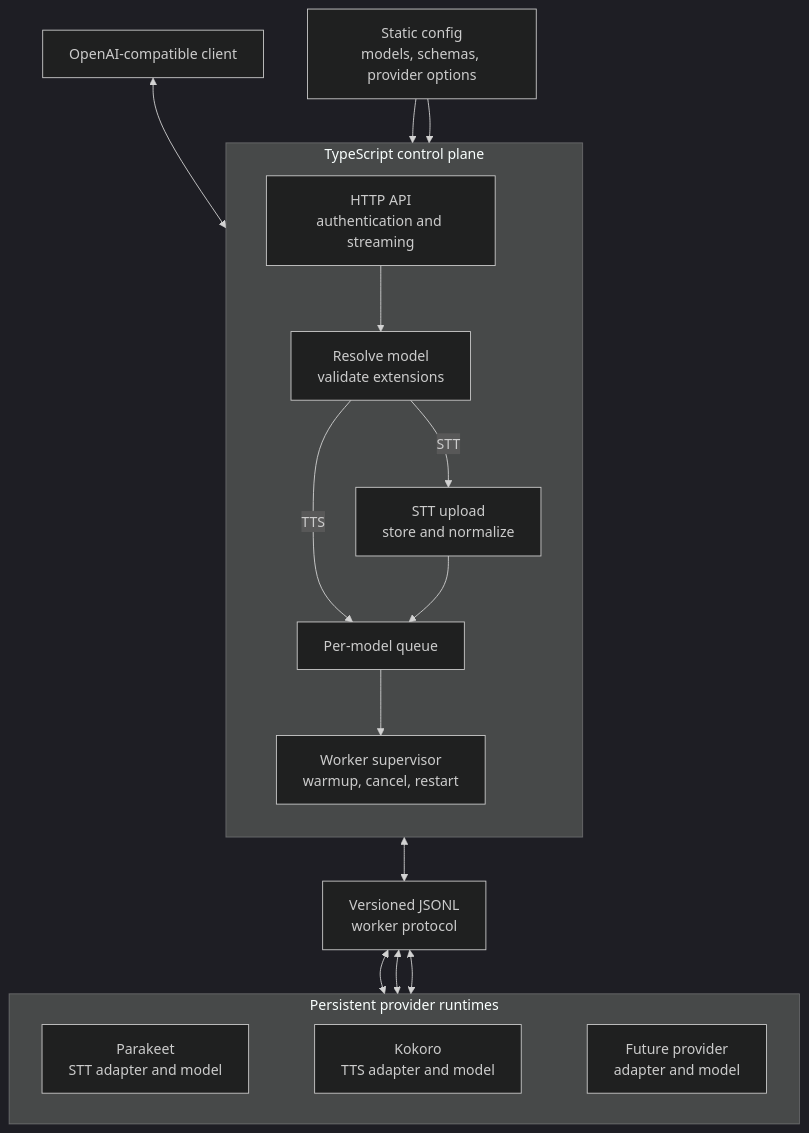
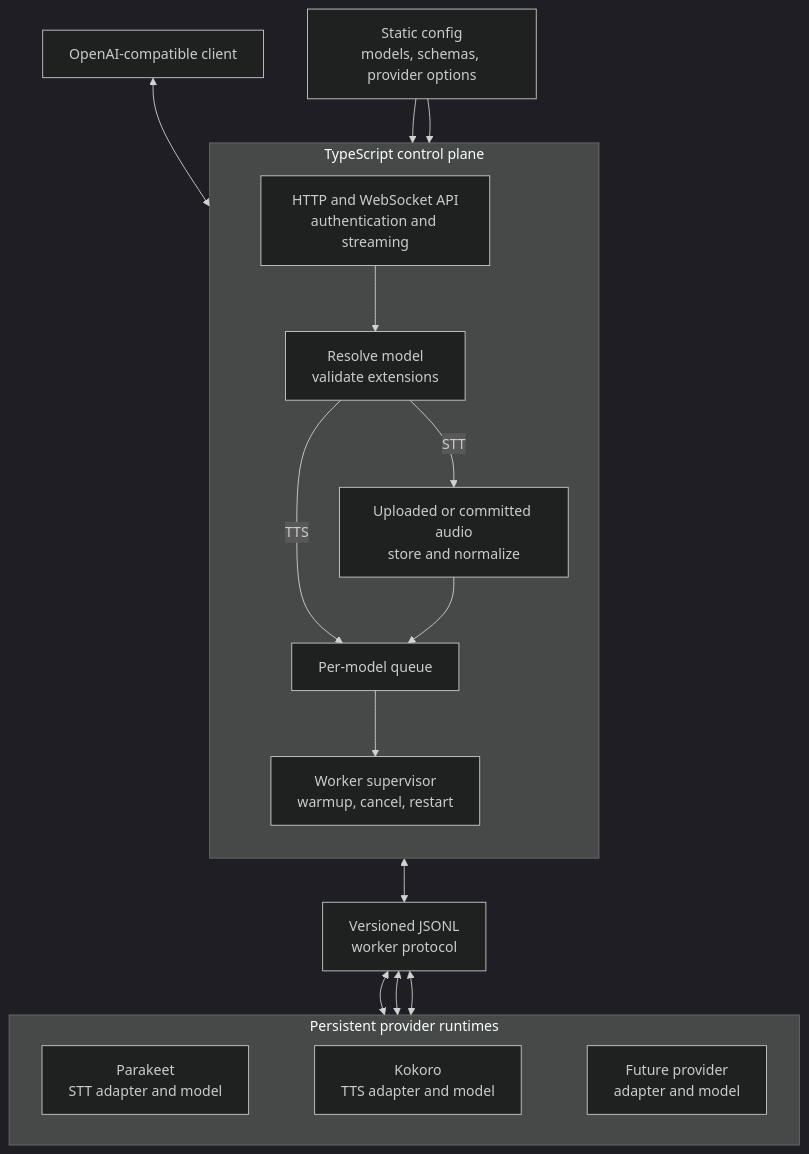
One commit to kcosr/openai-speech-server changed the diagram in README.md. Above: the diagram before and after it, drawn with Mermaid (dark theme). The commit also changed other lines of this file and 1 other file, not shown here.

Commit message:
docs: describe local speech integration and deployment

````diff
--- a/README.md
+++ b/README.md
@@ -9,37 +9,37 @@
 ```mermaid
 flowchart TB
     Client[OpenAI-compatible client]
     Config[Static config<br/>models, schemas, provider options]
 
     subgraph Node[TypeScript control plane]
         direction TB
-        API[HTTP API<br/>authentication and streaming]
+        API[HTTP and WebSocket API<br/>authentication and streaming]
         Validate[Resolve model<br/>validate extensions]
-        Input[STT upload<br/>store and normalize]
+        Input[Uploaded or committed audio<br/>store and normalize]
         Queue[Per-model queue]
         Supervisor[Worker supervisor<br/>warmup, cancel, restart]
     end
 
     Protocol[Versioned JSONL<br/>worker protocol]
 
     subgraph Runtimes[Persistent provider runtimes]
         direction LR
         Parakeet[Parakeet<br/>STT adapter and model]
         Kokoro[Kokoro<br/>TTS adapter and model]
         Additional[Future provider<br/>adapter and model]
         Parakeet ~~~ Kokoro ~~~ Additional
     end
 
     Client <--> API
     Config --> Validate
     Config --> Supervisor
     API --> Validate
     Validate -- STT --> Input
     Validate -- TTS --> Queue
     Input --> Queue
     Queue --> Supervisor
     Supervisor <--> Protocol
     Protocol <--> Parakeet
     Protocol <--> Kokoro
     Protocol <--> Additional
 ```
````
